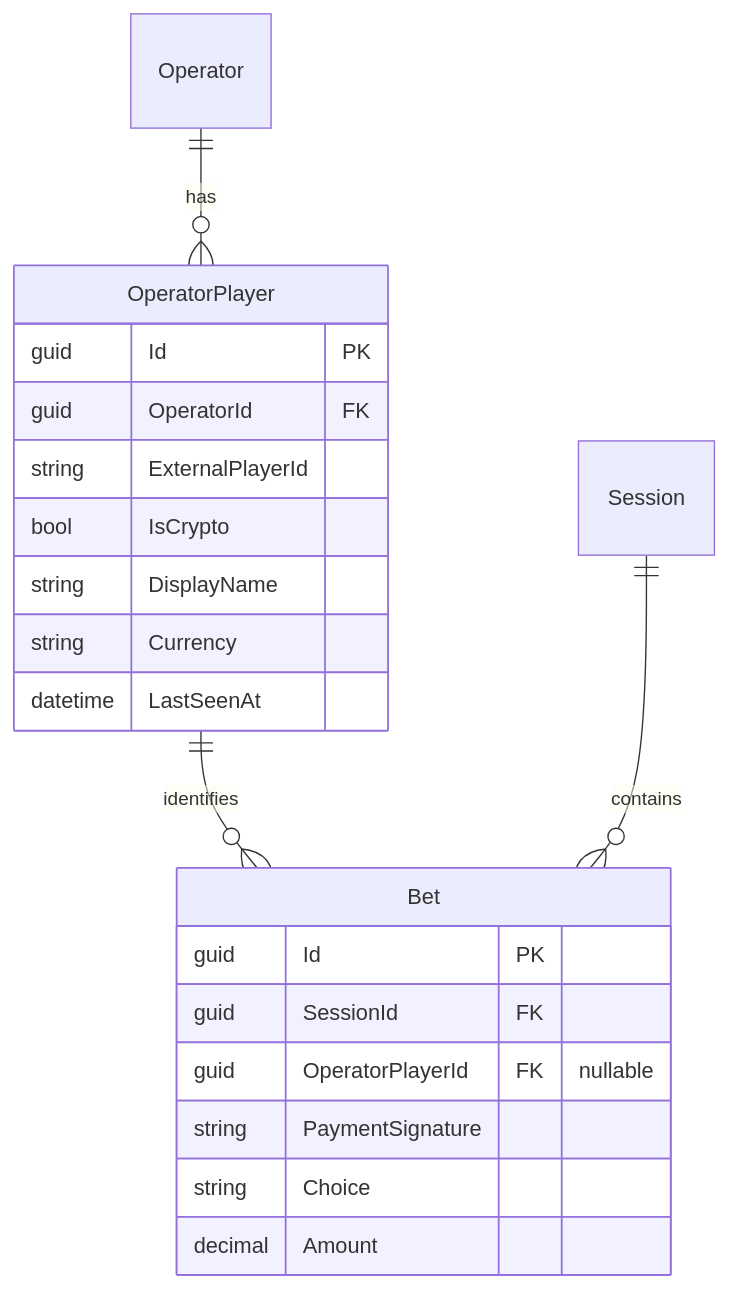
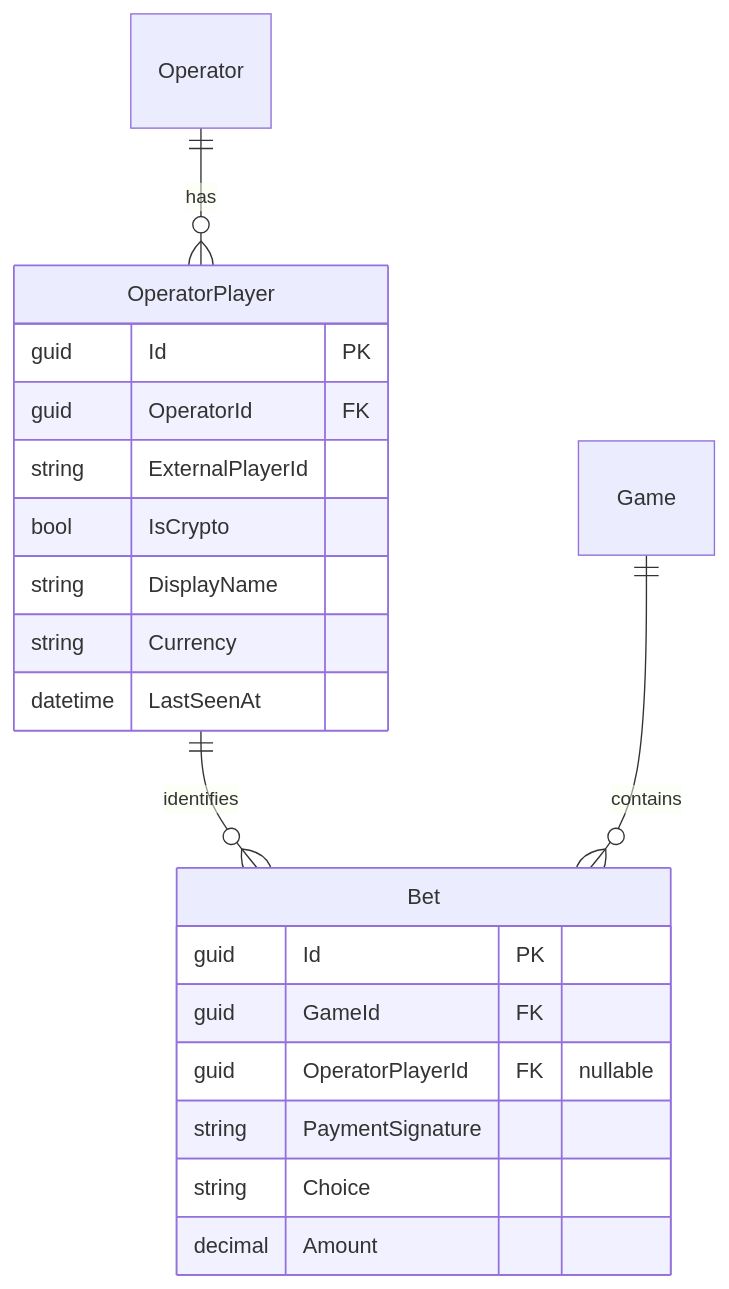
The first of 2 diagrams in specs/operator-player-identity.md (marcusruas/monkify-meta), drawn with Mermaid before and after one commit. The commit also changed other lines of this file and 57 other files, not shown here.

First line of the commit message:
Rebrand: Monkify->ChimpOut, Session->Game in KB prose (monkify-meta)

````diff
--- a/specs/operator-player-identity.md
+++ b/specs/operator-player-identity.md
@@ -178,25 +178,25 @@
 ```mermaid
 erDiagram
     Operator ||--o{ OperatorPlayer : has
     OperatorPlayer ||--o{ Bet : identifies
-    Session ||--o{ Bet : contains
+    Game ||--o{ Bet : contains
 
     OperatorPlayer {
         guid Id PK
         guid OperatorId FK
         string ExternalPlayerId
         bool IsCrypto
         string DisplayName
         string Currency
         datetime LastSeenAt
     }
 
     Bet {
         guid Id PK
-        guid SessionId FK
+        guid GameId FK
         guid OperatorPlayerId FK "nullable"
         string PaymentSignature
         string Choice
         decimal Amount
     }
 ```
````
